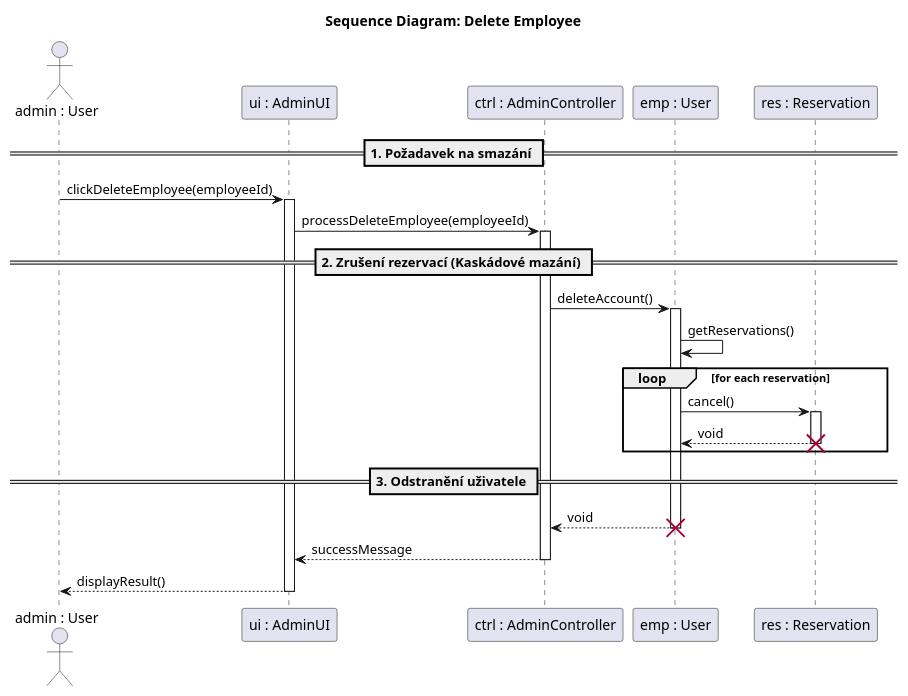
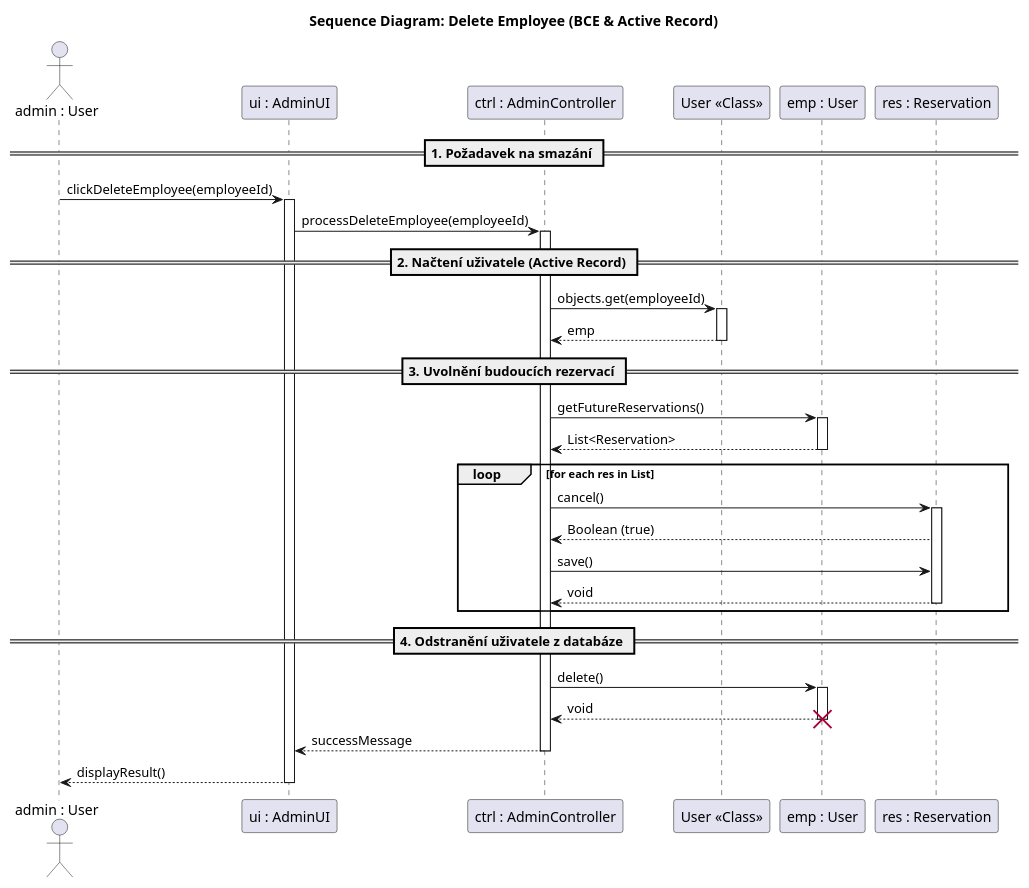
Before and after one commit to AidenCze/SWI-Project: the diagram in docs/diagramy/sequence-remove-user.puml, drawn with PlantUML. The commit also changed 3 other files, not shown here.

Commit message:
Refactor sequence diagrams to incorporate Active Record pattern and enhance clarity

```diff
--- a/docs/diagramy/sequence-remove-user.puml
+++ b/docs/diagramy/sequence-remove-user.puml
@@ -1,45 +1,60 @@
 @startuml
-title Sequence Diagram: Delete Employee
+title Sequence Diagram: Delete Employee (BCE & Active Record)
 
 actor "admin : User" as admin
 participant "ui : AdminUI" as ui
 participant "ctrl : AdminController" as ctrl
+participant "User <<Class>>" as userClass
 participant "emp : User" as emp
 participant "res : Reservation" as res
 
 
 == 1. Požadavek na smazání ==
 admin -> ui : clickDeleteEmployee(employeeId)
 activate ui
 
 ui -> ctrl : processDeleteEmployee(employeeId)
 activate ctrl
 
-== 2. Zrušení rezervací (Kaskádové mazání) ==
-ctrl -> emp : deleteAccount()
+== 2. Načtení uživatele (Active Record) ==
+ctrl -> userClass : objects.get(employeeId)
+activate userClass
+userClass --> ctrl : emp
+deactivate userClass
+
+== 3. Uvolnění budoucích rezervací ==
+ctrl -> emp : getFutureReservations()
 activate emp
+emp --> ctrl : List<Reservation>
+deactivate emp
 
-
-emp -> emp : getReservations()
-
-loop for each reservation
-    emp -> res : cancel()
+loop for each res in List
+    ctrl -> res : cancel()
     activate res
     
 
-    res --> emp : void
-    destroy res
 
+
+
+    
+    res --> ctrl : Boolean (true)
+    
+    ' Zapsání zrušeného stavu do DB (uvolnění místa)
+    ctrl -> res : save()
+    res --> ctrl : void
+    deactivate res
 end
 
-== 3. Odstranění uživatele ==
+== 4. Odstranění uživatele z databáze ==
+ctrl -> emp : delete()
+activate emp
+
 emp --> ctrl : void
 destroy emp
-
 
 ctrl --> ui : successMessage
 deactivate ctrl
 
 ui --> admin : displayResult()
 deactivate ui
 @enduml
```
